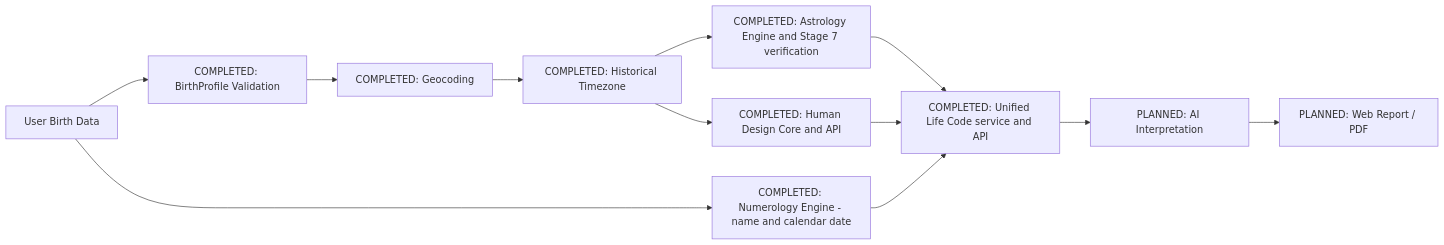
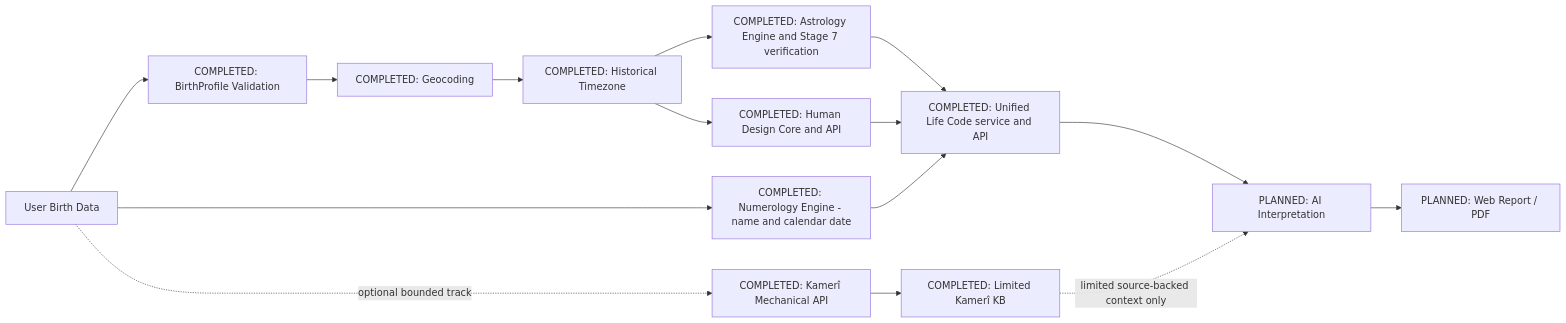
The diagram in docs/02_ARCHITECTURE.md (ismailbuzdan/yasam-kodu), drawn with Mermaid before and after one commit. The commit also changed other lines of this file and 4 other files, not shown here.

````diff
--- a/docs/02_ARCHITECTURE.md
+++ b/docs/02_ARCHITECTURE.md
@@ -13,14 +13,17 @@
 ```mermaid
 flowchart LR
   A[User Birth Data] --> B[COMPLETED: BirthProfile Validation]
   B --> C[COMPLETED: Geocoding]
   C --> D[COMPLETED: Historical Timezone]
   D --> E[COMPLETED: Astrology Engine and Stage 7 verification]
   A --> F[COMPLETED: Numerology Engine - name and calendar date]
   D --> G[COMPLETED: Human Design Core and API]
   E --> H[COMPLETED: Unified Life Code service and API]
   F --> H
   G --> H
   H --> I[PLANNED: AI Interpretation]
   I --> J[PLANNED: Web Report / PDF]
+  A -. optional bounded track .-> K[COMPLETED: Kamerî Mechanical API]
+  K --> L[COMPLETED: Limited Kamerî KB]
+  L -. limited source-backed context only .-> I
 ```
````
